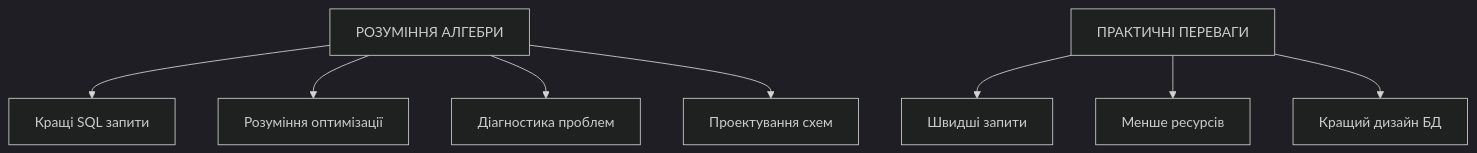
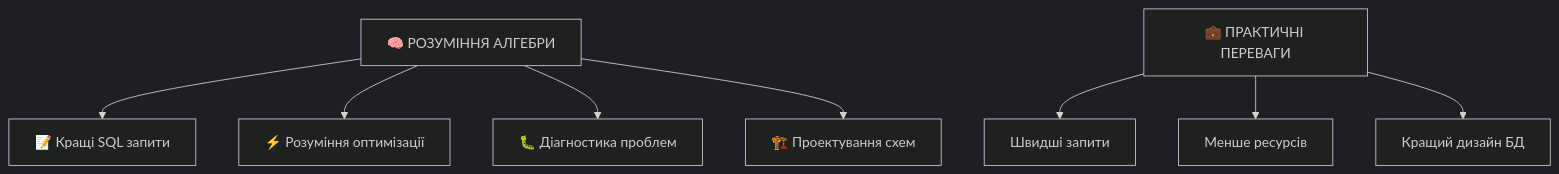
The seventh of 7 diagrams in docs/presentations/presentation-04.md (olroi421/course-bd), drawn with Mermaid (dark theme) before and after one commit. The commit also changed other lines of this file and 1 other file, not shown here.

````diff
--- a/docs/presentations/presentation-04.md
+++ b/docs/presentations/presentation-04.md
@@ -722,11 +687,11 @@
 ```mermaid
 graph TD
-    A[РОЗУМІННЯ АЛГЕБРИ] --> B[Кращі SQL запити]
-    A --> C[Розуміння оптимізації]
-    A --> D[Діагностика проблем]
-    A --> E[Проектування схем]
+    A[🧠 РОЗУМІННЯ АЛГЕБРИ] --> B[📝 Кращі SQL запити]
+    A --> C[⚡ Розуміння оптимізації]
+    A --> D[🐛 Діагностика проблем]
+    A --> E[🏗️ Проектування схем]
 
-    F[ПРАКТИЧНІ ПЕРЕВАГИ] --> G[Швидші запити]
+    F[💼 ПРАКТИЧНІ ПЕРЕВАГИ] --> G[Швидші запити]
     F --> H[Менше ресурсів]
     F --> I[Кращий дизайн БД]
 ```
````
